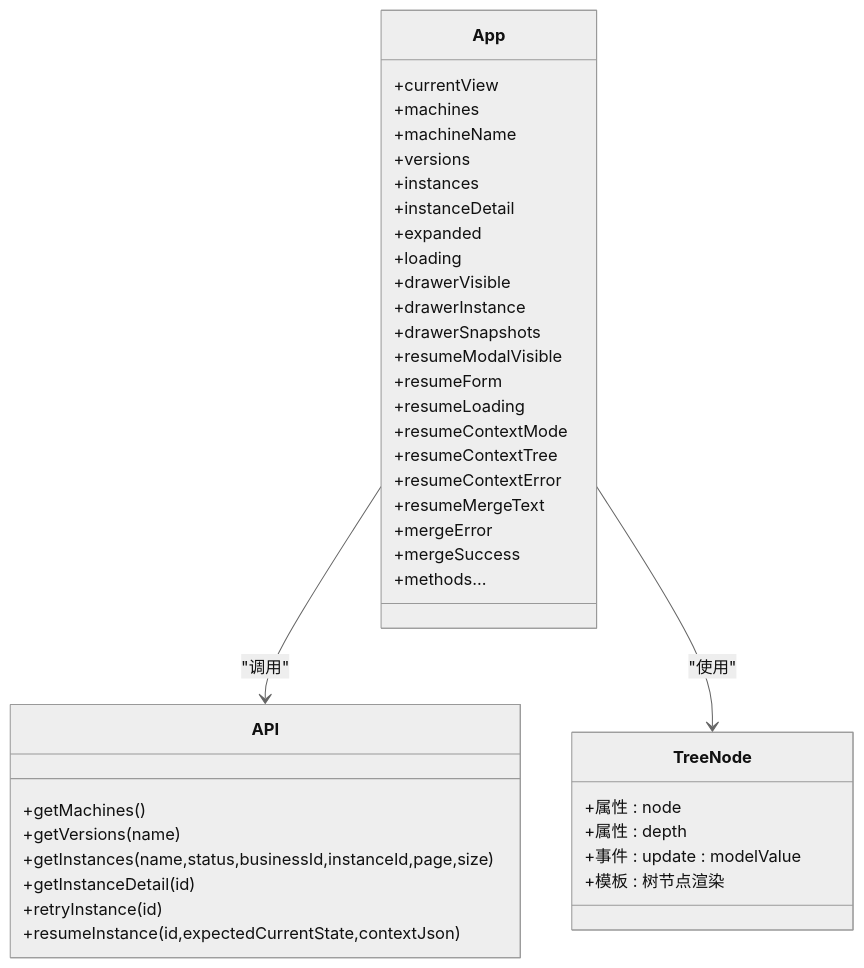
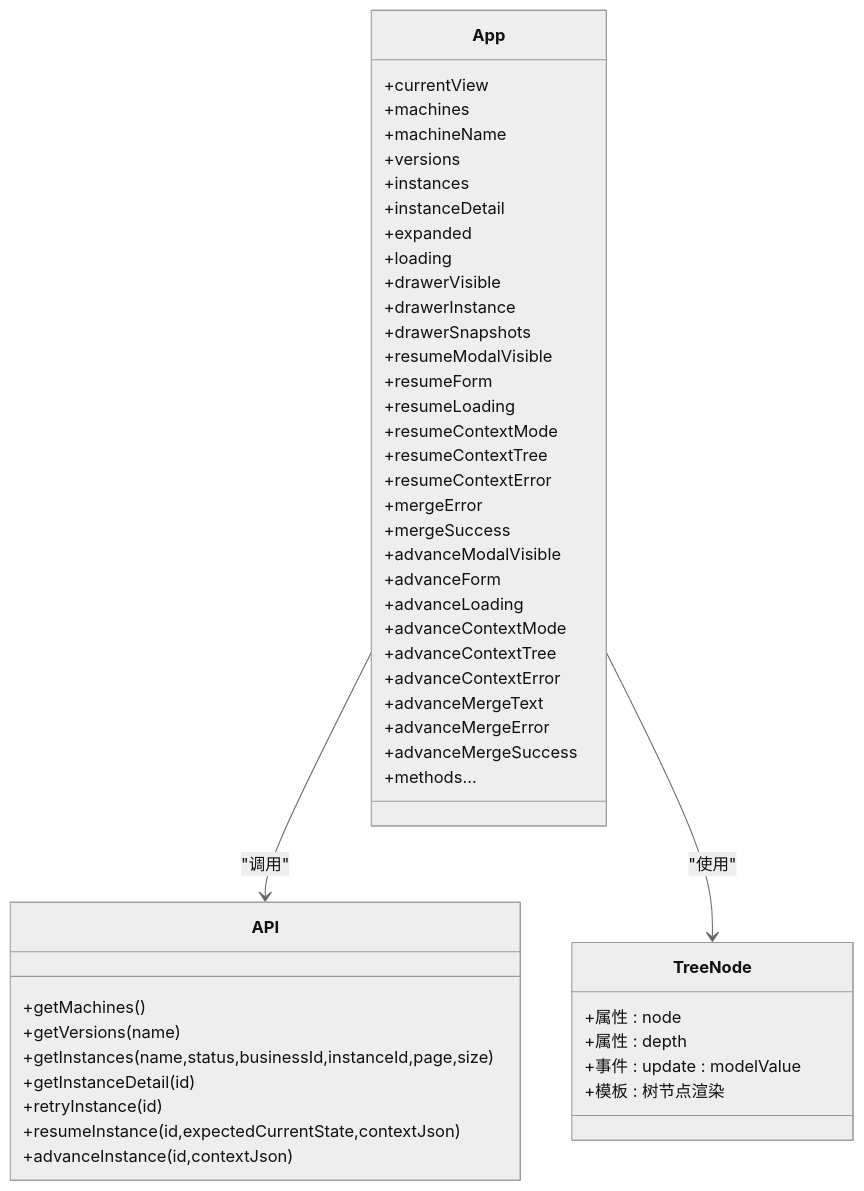
Before and after one commit to xiaoche80s-tech/state-machine-parent: the fifth of 7 diagrams in .qoder/repowiki/zh/content/管理控制台/管理控制台.md, drawn with Mermaid (neutral theme). The commit also changed other lines of this file and 7 other files, not shown here.

````diff
--- a/.qoder/repowiki/zh/content/管理控制台/管理控制台.md
+++ b/.qoder/repowiki/zh/content/管理控制台/管理控制台.md
@@ -224,42 +292,51 @@
 ```mermaid
 classDiagram
 class TreeNode {
 +属性 : node
 +属性 : depth
 +事件 : update : modelValue
 +模板 : 树节点渲染
 }
 class API {
 +getMachines()
 +getVersions(name)
 +getInstances(name,status,businessId,instanceId,page,size)
 +getInstanceDetail(id)
 +retryInstance(id)
 +resumeInstance(id,expectedCurrentState,contextJson)
++advanceInstance(id,contextJson)
 }
 class App {
 +currentView
 +machines
 +machineName
 +versions
 +instances
 +instanceDetail
 +expanded
 +loading
 +drawerVisible
 +drawerInstance
 +drawerSnapshots
 +resumeModalVisible
 +resumeForm
 +resumeLoading
 +resumeContextMode
 +resumeContextTree
 +resumeContextError
-+resumeMergeText
 +mergeError
 +mergeSuccess
++advanceModalVisible
++advanceForm
++advanceLoading
++advanceContextMode
++advanceContextTree
++advanceContextError
++advanceMergeText
++advanceMergeError
++advanceMergeSuccess
 +methods...
 }
 App --> API : "调用"
 App --> TreeNode : "使用"
 ```
````
